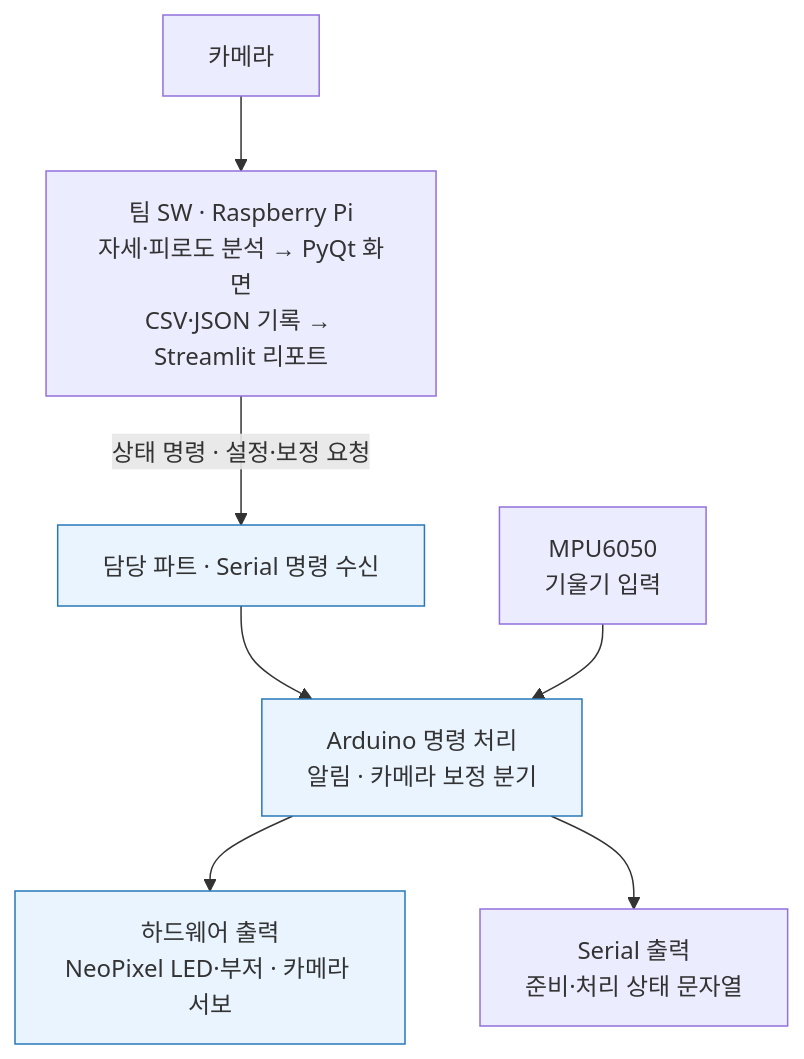
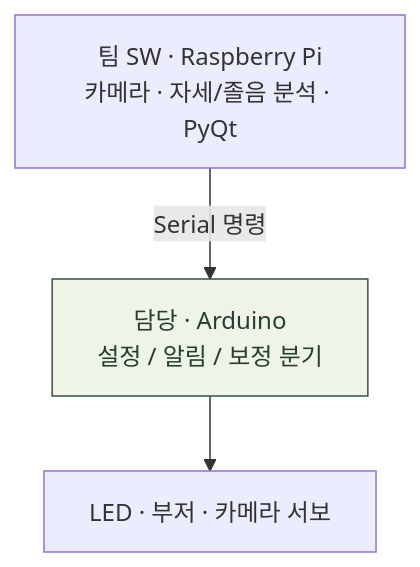
Before and after one commit to Hyaline-52/POCO-VisionPoseCoach: the first of 3 diagrams in README.md, drawn with Mermaid. The commit also changed other lines of this file and 4 other files, not shown here.

````diff
--- a/README.md
+++ b/README.md
@@ -37,12 +65,7 @@
 ```mermaid
 flowchart TB
-  CAM[카메라] --> PI[팀 SW · Raspberry Pi<br/>자세·피로도 분석 → PyQt 화면<br/>CSV·JSON 기록 → Streamlit 리포트]
-  PI -->|상태 명령 · 설정·보정 요청| SERIAL[담당 파트 · Serial 명령 수신]
-  SERIAL --> MCU[Arduino 명령 처리<br/>알림 · 카메라 보정 분기]
-  IMU[MPU6050<br/>기울기 입력] --> MCU
-  MCU --> OUT[하드웨어 출력<br/>NeoPixel LED·부저 · 카메라 서보]
-  MCU --> STATUS[Serial 출력<br/>준비·처리 상태 문자열]
-  style SERIAL fill:#eaf4ff,stroke:#2878b8
-  style MCU fill:#eaf4ff,stroke:#2878b8
-  style OUT fill:#eaf4ff,stroke:#2878b8
+  A["팀 SW · Raspberry Pi<br/>카메라 · 자세/졸음 분석 · PyQt"] -->|Serial 명령| B["담당 · Arduino<br/>설정 / 알림 / 보정 분기"]
+  B --> C["LED · 부저 · 카메라 서보"]
+  classDef owned fill:#EEF5E8,stroke:#315342,color:#273C32
+  class B owned
 ```
````
